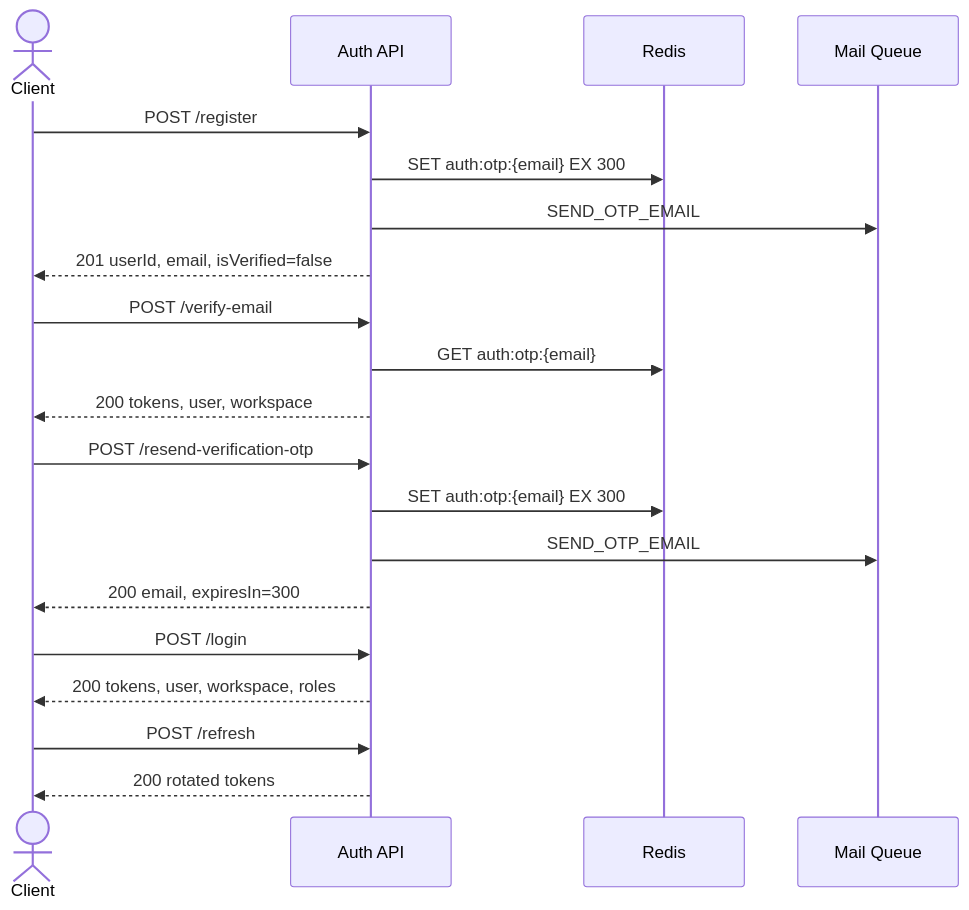
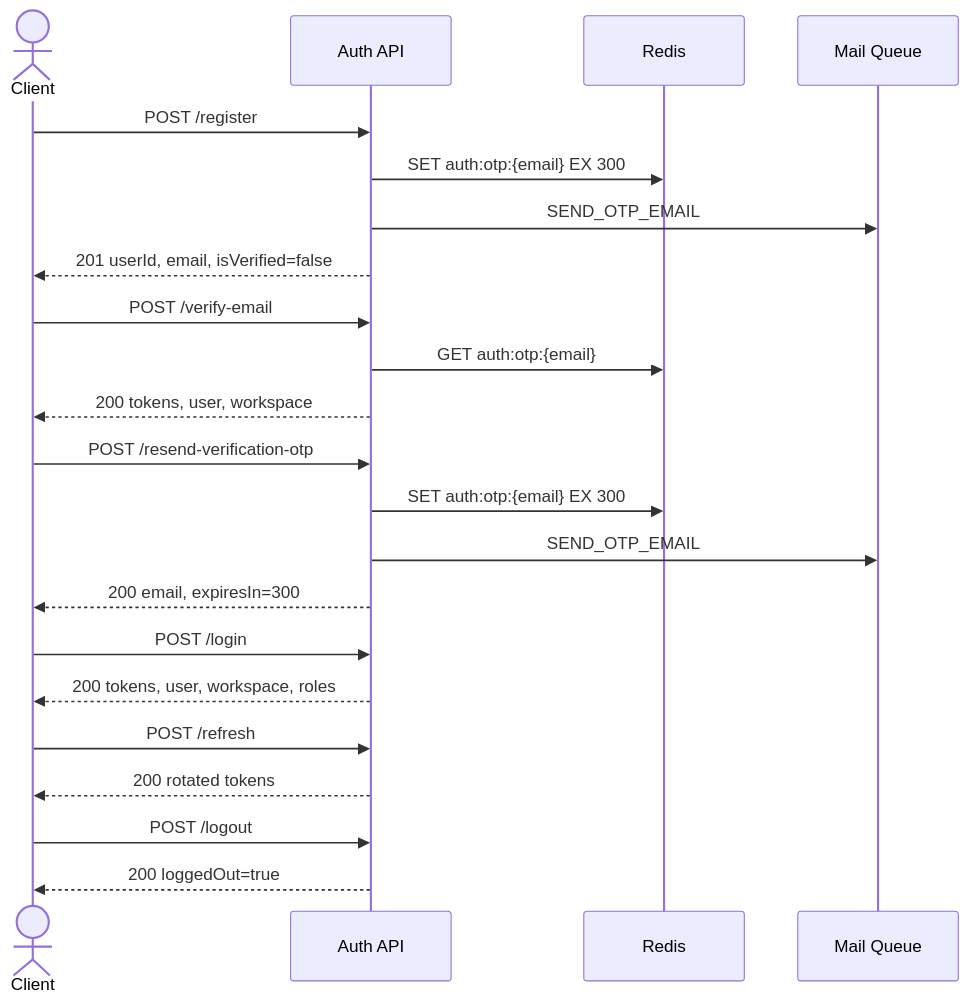
Before and after one commit to keyntk78/node-mind-server: the diagram in docs/auth/index.md, drawn with Mermaid. The commit also changed other lines of this file and 12 other files, not shown here.

Commit message:
feat(auth): implement logout API to invalidate refresh token and end session

````diff
--- a/docs/auth/index.md
+++ b/docs/auth/index.md
@@ -33,27 +34,30 @@
 ```mermaid
 sequenceDiagram
     actor C as Client
     participant API as Auth API
     participant R as Redis
     participant M as Mail Queue
 
     C->>API: POST /register
     API->>R: SET auth:otp:{email} EX 300
     API->>M: SEND_OTP_EMAIL
     API-->>C: 201 userId, email, isVerified=false
 
     C->>API: POST /verify-email
     API->>R: GET auth:otp:{email}
     API-->>C: 200 tokens, user, workspace
 
     C->>API: POST /resend-verification-otp
     API->>R: SET auth:otp:{email} EX 300
     API->>M: SEND_OTP_EMAIL
     API-->>C: 200 email, expiresIn=300
 
     C->>API: POST /login
     API-->>C: 200 tokens, user, workspace, roles
 
     C->>API: POST /refresh
     API-->>C: 200 rotated tokens
+
+    C->>API: POST /logout
+    API-->>C: 200 loggedOut=true
 ```
````
